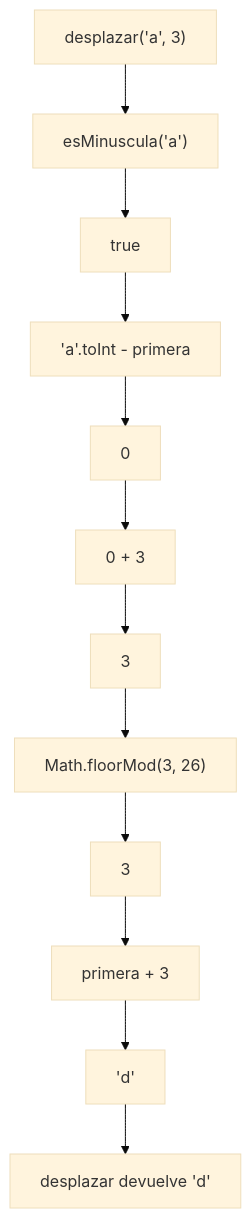
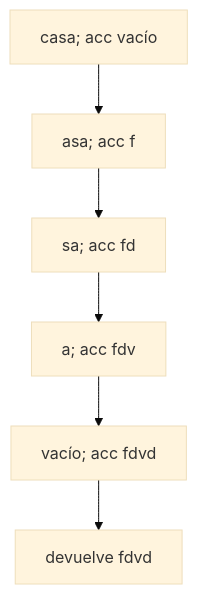
The second of 6 diagrams in docs/proceso.md (juanjosequevedo/pfc-taller-1-cifrados-clasicos), drawn with Mermaid (base theme) before and after one commit. The commit also changed other lines of this file and 2 other files, not shown here.

````diff
--- a/docs/proceso.md
+++ b/docs/proceso.md
@@ -123,14 +130,8 @@
 ```mermaid
 flowchart TD
-    A["desplazar('a', 3)"] --> B["esMinuscula('a')"]
-    B --> C["true"]
-    C --> D["'a'.toInt - primera"]
-    D --> E["0"]
-    E --> F["0 + 3"]
-    F --> G["3"]
-    G --> H["Math.floorMod(3, 26)"]
-    H --> I["3"]
-    I --> J["primera + 3"]
-    J --> K["'d'"]
-    K --> L["desplazar devuelve 'd'"]
+    A["casa; acc vacío"] --> B["asa; acc f"]
+    B --> C["sa; acc fd"]
+    C --> D["a; acc fdv"]
+    D --> E["vacío; acc fdvd"]
+    E --> F["devuelve fdvd"]
 ```
````
